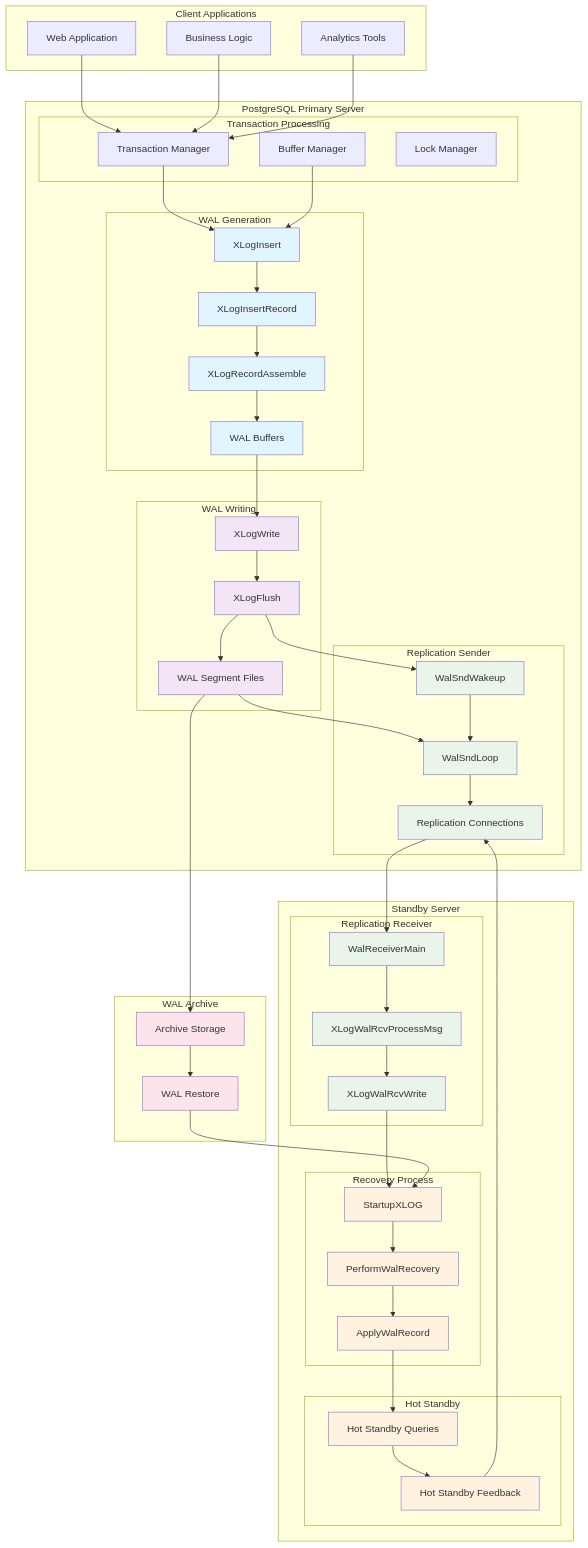
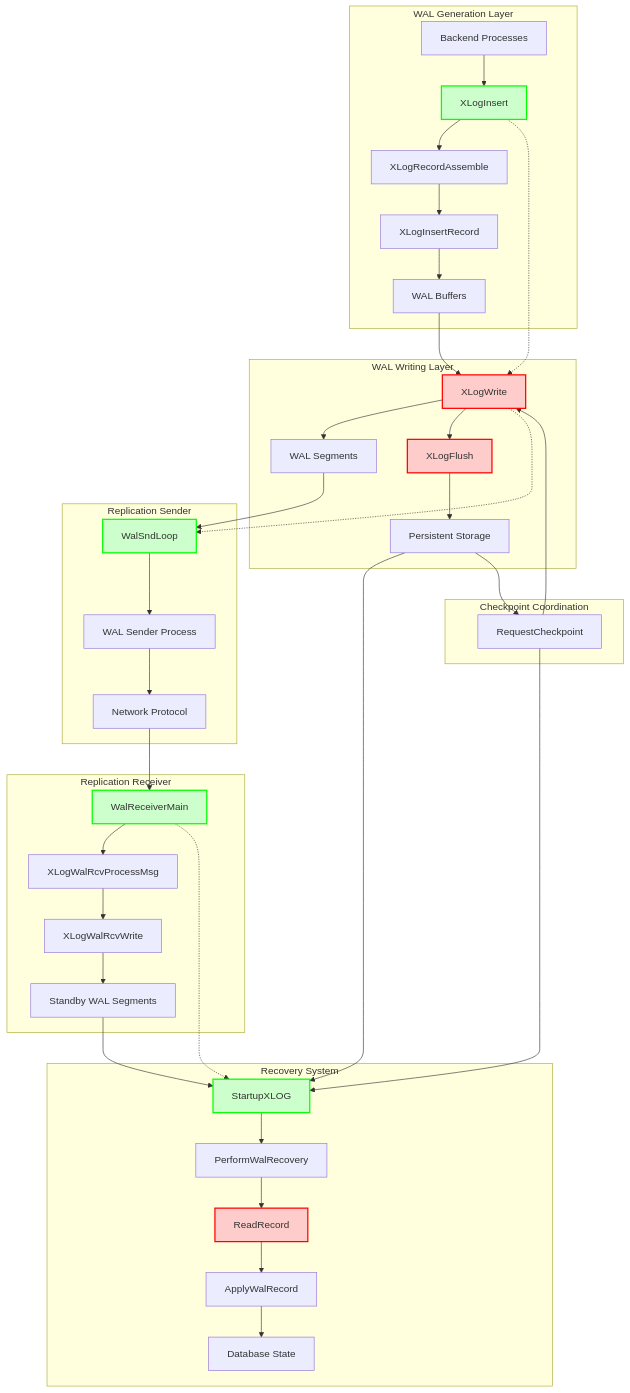
Before and after one commit to ryogrid/create_pg_super_document: the first of 11 diagrams in topic_specific_generated_docs/about_wal/wal_complete_documentation.md, drawn with Mermaid. The commit also changed other lines of this file and 34 other files, not shown here.

````diff
--- a/topic_specific_generated_docs/about_wal/wal_complete_documentation.md
+++ b/topic_specific_generated_docs/about_wal/wal_complete_documentation.md
@@ -130,113 +107,57 @@
 ```mermaid
 graph TB
-    subgraph "Client Applications"
-        App1[Web Application]
-        App2[Business Logic]
-        App3[Analytics Tools]
+    subgraph "WAL Generation Layer"
+        A[Backend Processes] --> B[XLogInsert]
+        B --> C[XLogRecordAssemble]
+        C --> D[XLogInsertRecord]
+        D --> E[WAL Buffers]
     end
 
-    subgraph "PostgreSQL Primary Server"
-        subgraph "WAL Generation"
-            XLI[XLogInsert]
-            XLIR[XLogInsertRecord]
-            XLRA[XLogRecordAssemble]
-            WALBuf[WAL Buffers]
-        end
-
-        subgraph "WAL Writing"
-            XLW[XLogWrite]
-            XLF[XLogFlush]
-            WALFiles[WAL Segment Files]
-        end
-
-        subgraph "Replication Sender"
-            WSL[WalSndLoop]
-            WSW[WalSndWakeup]
-            RepConn[Replication Connections]
-        end
-
-        subgraph "Transaction Processing"
-            TXN[Transaction Manager]
-            BufMgr[Buffer Manager]
-            LockMgr[Lock Manager]
-        end
+    subgraph "WAL Writing Layer"
+        E --> F[XLogWrite]
+        F --> G[WAL Segments]
+        F --> H[XLogFlush]
+        H --> I[Persistent Storage]
     end
 
-    subgraph "Standby Server"
-        subgraph "Replication Receiver"
-            WRM[WalReceiverMain]
-            XWPM[XLogWalRcvProcessMsg]
-            XWRW[XLogWalRcvWrite]
-        end
-
-        subgraph "Recovery Process"
-            SX[StartupXLOG]
-            PWR[PerformWalRecovery]
-            AWR[ApplyWalRecord]
-        end
-
-        subgraph "Hot Standby"
-            HS[Hot Standby Queries]
-            HSF[Hot Standby Feedback]
-        end
+    subgraph "Replication Sender"
+        G --> J[WalSndLoop]
+        J --> K[WAL Sender Process]
+        K --> L[Network Protocol]
     end
 
-    subgraph "WAL Archive"
-        Archive[Archive Storage]
-        Restore[WAL Restore]
+    subgraph "Replication Receiver"
+        L --> M[WalReceiverMain]
+        M --> N[XLogWalRcvProcessMsg]
+        N --> O[XLogWalRcvWrite]
+        O --> P[Standby WAL Segments]
     end
 
-    %% Client connections
-    App1 --> TXN
-    App2 --> TXN
-    App3 --> TXN
+    subgraph "Recovery System"
+        I --> Q[StartupXLOG]
+        P --> Q
+        Q --> R[PerformWalRecovery]
+        R --> S[ReadRecord]
+        S --> T[ApplyWalRecord]
+        T --> U[Database State]
+    end
 
-    %% Primary WAL flow
-    TXN --> XLI
-    BufMgr --> XLI
-    XLI --> XLIR
-    XLIR --> XLRA
-    XLRA --> WALBuf
-    WALBuf --> XLW
-    XLW --> XLF
-    XLF --> WALFiles
+    subgraph "Checkpoint Coordination"
+        V[RequestCheckpoint] --> F
+        V --> Q
+        I --> V
+    end
 
-    %% Replication flow
-    WALFiles --> WSL
-    XLF --> WSW
-    WSW --> WSL
-    WSL --> RepConn
+    %% Critical paths highlighting
+    B -.-> F
+    F -.-> J
+    M -.-> Q
 
-    %% Standby reception
-    RepConn --> WRM
-    WRM --> XWPM
-    XWPM --> XWRW
-    XWRW --> SX
+    %% Performance bottlenecks
+    classDef bottleneck fill:#ffcccc,stroke:#ff0000,stroke-width:2px
+    class F,H,S,B bottleneck
 
-    %% Recovery process
-    SX --> PWR
-    PWR --> AWR
-    AWR --> HS
-
-    %% Hot Standby feedback
-    HS --> HSF
-    HSF --> RepConn
-
-    %% Archive integration
-    WALFiles --> Archive
-    Archive --> Restore
-    Restore --> SX
-
-    %% Styling
-    classDef walGeneration fill:#e1f5fe
-    classDef walWriting fill:#f3e5f5
-    classDef replication fill:#e8f5e8
-    classDef recovery fill:#fff3e0
-    classDef storage fill:#fce4ec
-
-    class XLI,XLIR,XLRA,WALBuf walGeneration
-    class XLW,XLF,WALFiles walWriting
-    class WSL,WSW,RepConn,WRM,XWPM,XWRW replication
-    class SX,PWR,AWR,HS,HSF recovery
-    class Archive,Restore storage
+    %% Entry points
+    classDef entry fill:#ccffcc,stroke:#00ff00,stroke-width:2px
+    class B,J,M,Q entry
 ```
````
